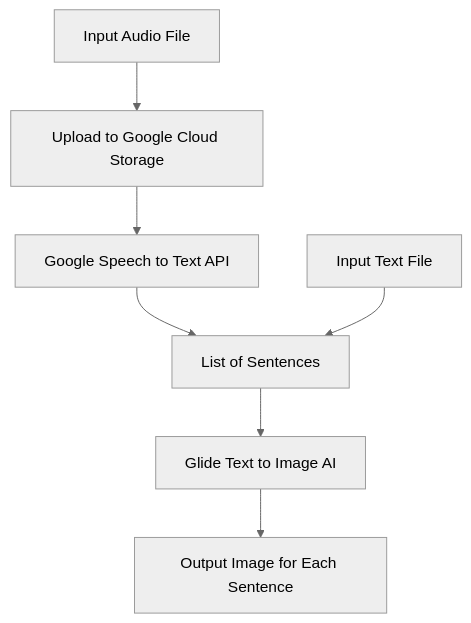
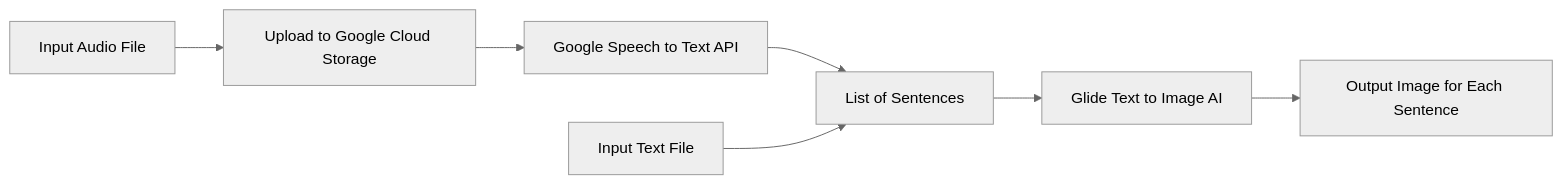
One commit to Rockroyal305/SRP-Code changed the diagram in README.md. Above: the diagram before and after it, drawn with Mermaid (neutral theme).

Commit message:
TD to LR

````diff
--- a/README.md
+++ b/README.md
@@ -5,9 +5,9 @@
 ```mermaid
-  graph TD;
+  graph LR;
       A[Input Audio File] --> B[Upload to Google Cloud Storage];
       B[Upload to Google Cloud Storage] --> C[Google Speech to Text API];
       C[Google Speech to Text API] --> D[List of Sentences];
       E[Input Text File] --> D[List of Sentences];
       D[List of Sentences] --> F[Glide Text to Image AI];
       F[Glide Text to Image AI] --> G[Output Image for Each Sentence]
 ```
````
